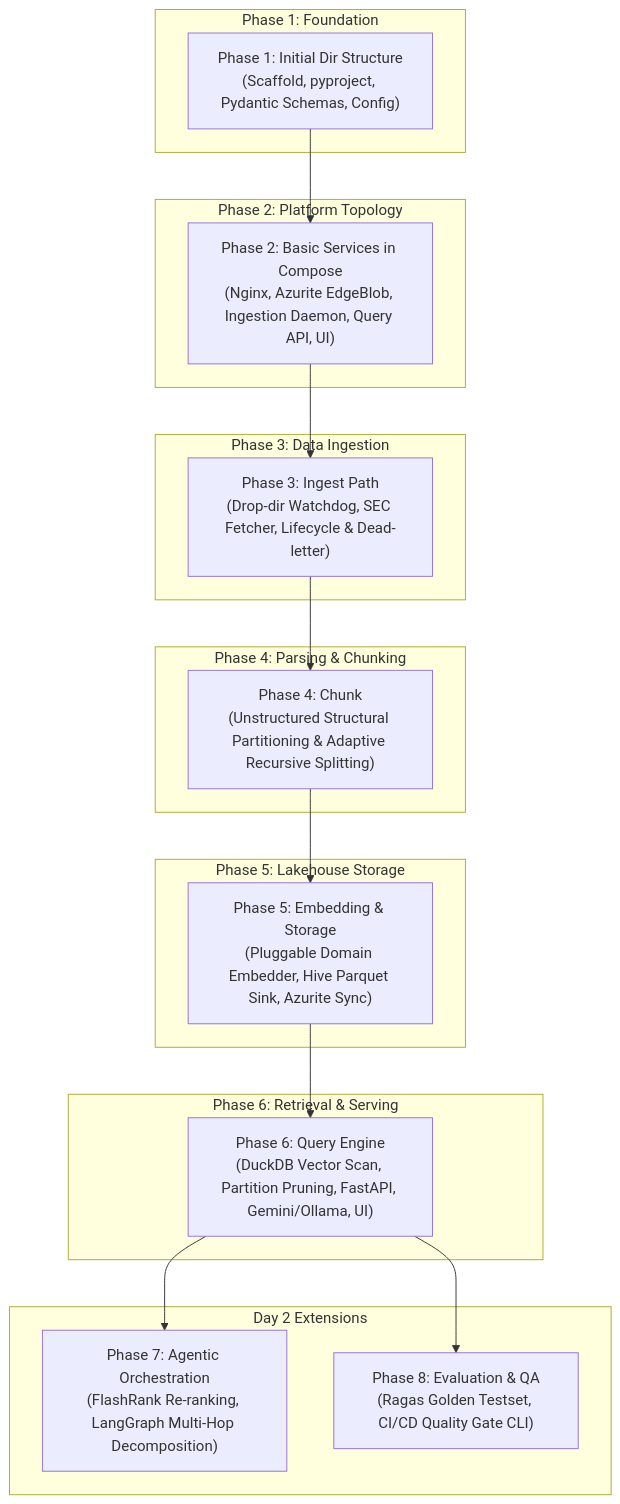
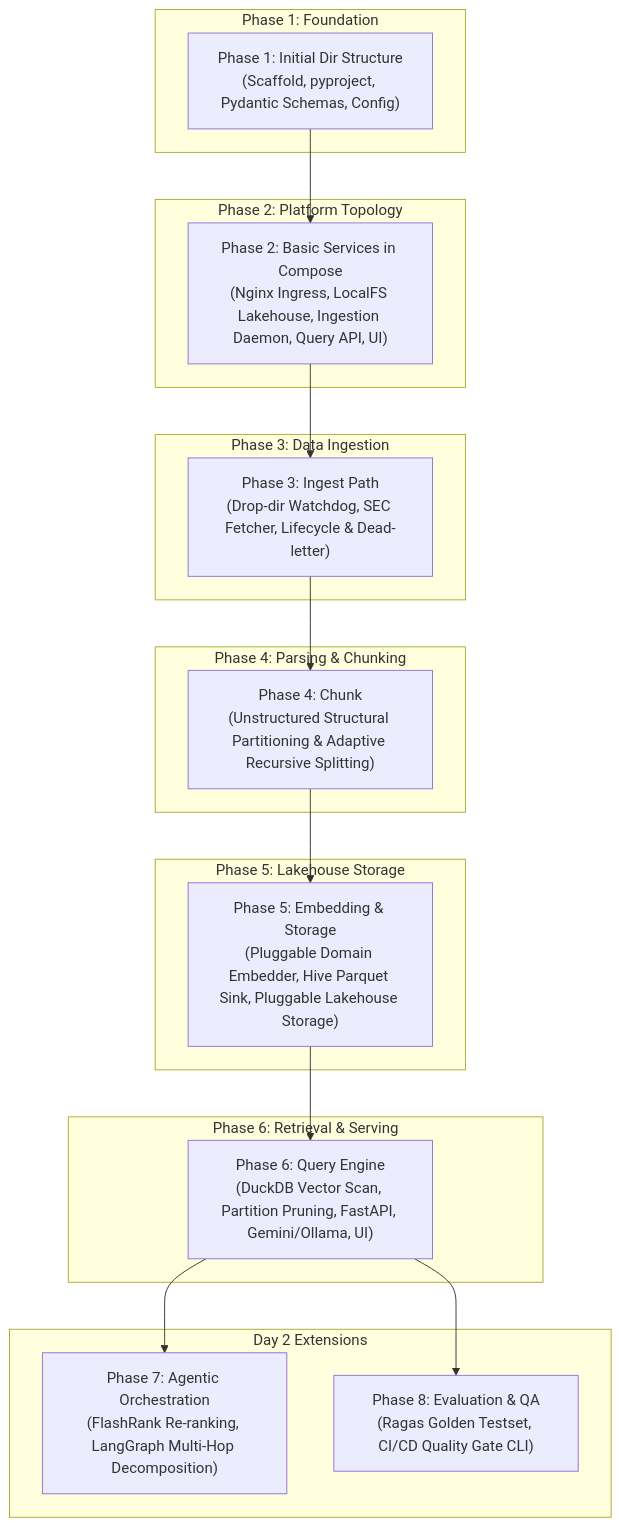
One commit to clivechung/corpus-analyst changed the diagram in feature-list.md. Above: the diagram before and after it, drawn with Mermaid. The commit also changed other lines of this file and 23 other files, not shown here.

First line of the commit message:
Phase 2 — Platform Topology, Pluggable Lakehouse Storage & Microservices Mesh (#2)

````diff
--- a/feature-list.md
+++ b/feature-list.md
@@ -14,39 +14,39 @@
 ```mermaid
 flowchart TD
     subgraph "Phase 1: Foundation"
         P1["Phase 1: Initial Dir Structure\n(Scaffold, pyproject, Pydantic Schemas, Config)"]
     end
 
     subgraph "Phase 2: Platform Topology"
-        P2["Phase 2: Basic Services in Compose\n(Nginx, Azurite EdgeBlob, Ingestion Daemon, Query API, UI)"]
+        P2["Phase 2: Basic Services in Compose\n(Nginx Ingress, LocalFS Lakehouse, Ingestion Daemon, Query API, UI)"]
     end
 
     subgraph "Phase 3: Data Ingestion"
         P3["Phase 3: Ingest Path\n(Drop-dir Watchdog, SEC Fetcher, Lifecycle & Dead-letter)"]
     end
 
     subgraph "Phase 4: Parsing & Chunking"
         P4["Phase 4: Chunk\n(Unstructured Structural Partitioning & Adaptive Recursive Splitting)"]
     end
 
     subgraph "Phase 5: Lakehouse Storage"
-        P5["Phase 5: Embedding & Storage\n(Pluggable Domain Embedder, Hive Parquet Sink, Azurite Sync)"]
+        P5["Phase 5: Embedding & Storage\n(Pluggable Domain Embedder, Hive Parquet Sink, Pluggable Lakehouse Storage)"]
     end
 
     subgraph "Phase 6: Retrieval & Serving"
         P6["Phase 6: Query Engine\n(DuckDB Vector Scan, Partition Pruning, FastAPI, Gemini/Ollama, UI)"]
     end
 
     subgraph "Day 2 Extensions"
         P7["Phase 7: Agentic Orchestration\n(FlashRank Re-ranking, LangGraph Multi-Hop Decomposition)"]
         P8["Phase 8: Evaluation & QA\n(Ragas Golden Testset, CI/CD Quality Gate CLI)"]
     end
 
     P1 --> P2
     P2 --> P3
     P3 --> P4
     P4 --> P5
     P5 --> P6
     P6 --> P7
     P6 --> P8
 ```
````
